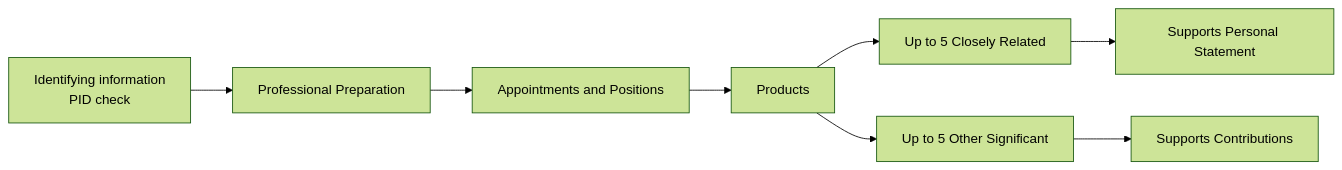
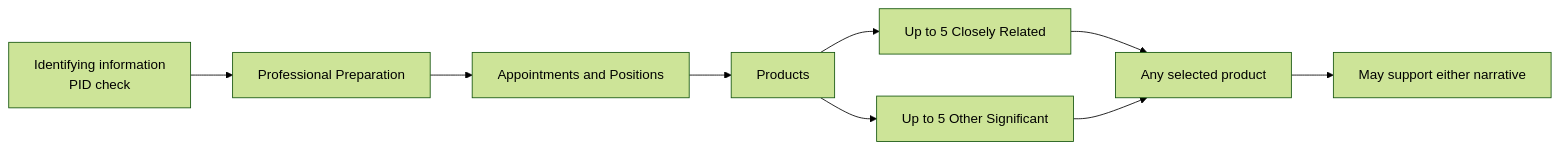
Before and after one commit to FritscheLab/nih-sciencv-playbook: the diagram in docs/biosketch/common-form-sections.md, drawn with Mermaid (forest theme). The commit also changed other lines of this file and 48 other files, not shown here.

````diff
--- a/docs/biosketch/common-form-sections.md
+++ b/docs/biosketch/common-form-sections.md
@@ -51,12 +56,13 @@
 ```mermaid
 flowchart LR
     accTitle: Biosketch Common Form sections
-    accDescr: The Common Form moves from identity and preparation data to appointments and two product buckets that support the supplement narratives.
+    accDescr: The Common Form moves from identity and preparation data to appointments and two product buckets, and either supplement narrative may reference any selected product.
     A["Identifying information<br/>PID check"] --> B["Professional Preparation"]
     B --> C["Appointments and Positions"]
     C --> D["Products"]
     D --> E["Up to 5 Closely Related"]
     D --> F["Up to 5 Other Significant"]
-    E --> G["Supports Personal Statement"]
-    F --> H["Supports Contributions"]
+    E --> G["Any selected product"]
+    F --> G
+    G --> H["May support either narrative"]
 ```
````
